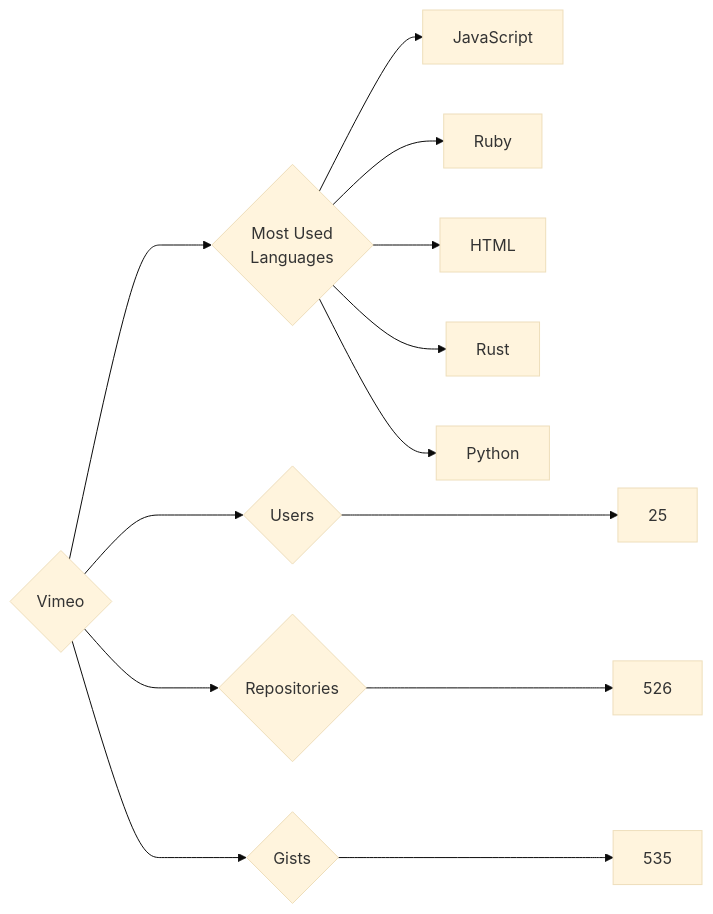
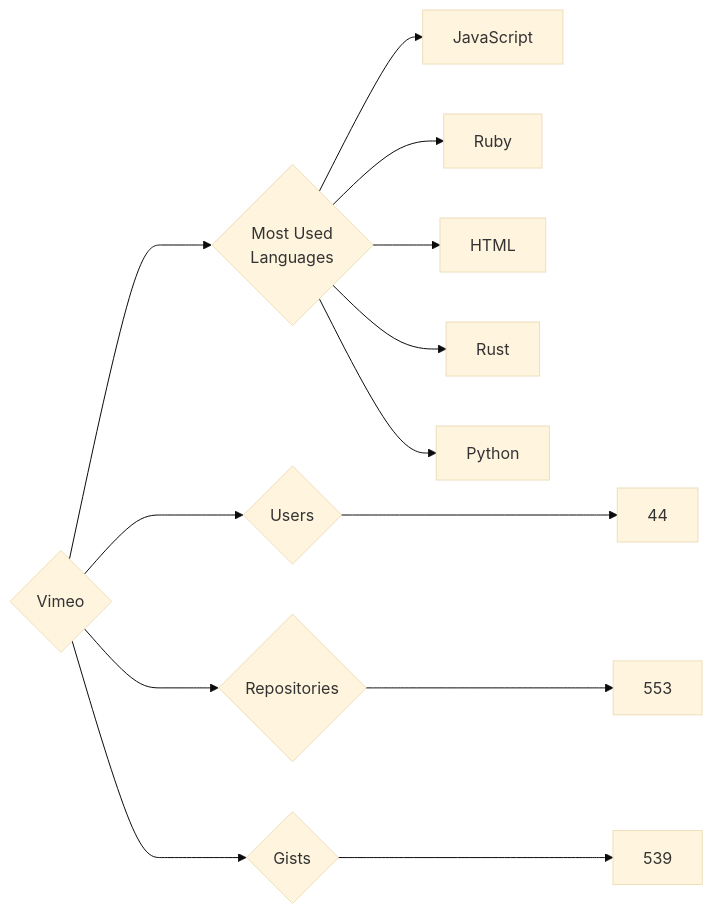
Before and after one commit to trickest/insiders: the diagram in targets/Vimeo/README.md, drawn with Mermaid (base theme). The commit also changed 886 other files, not shown here.

````diff
--- a/targets/Vimeo/README.md
+++ b/targets/Vimeo/README.md
@@ -3,13 +3,13 @@
 ```mermaid
 graph LR
 COMPANY_NAME{Vimeo}
-COMPANY_NAME ---> U{Users} ---> UN[25]
-COMPANY_NAME ---> R{Repositories} ---> RN[526]
-COMPANY_NAME ---> G{Gists} ---> GN[535]
+COMPANY_NAME ---> U{Users} ---> UN[44]
+COMPANY_NAME ---> R{Repositories} ---> RN[553]
+COMPANY_NAME ---> G{Gists} ---> GN[539]
 COMPANY_NAME ---> ML{Most Used<br>Languages}
 ML --> JavaScript[JavaScript]
 ML --> Ruby[Ruby]
 ML --> HTML[HTML]
 ML --> Rust[Rust]
 ML --> Python[Python]
 ```
````
